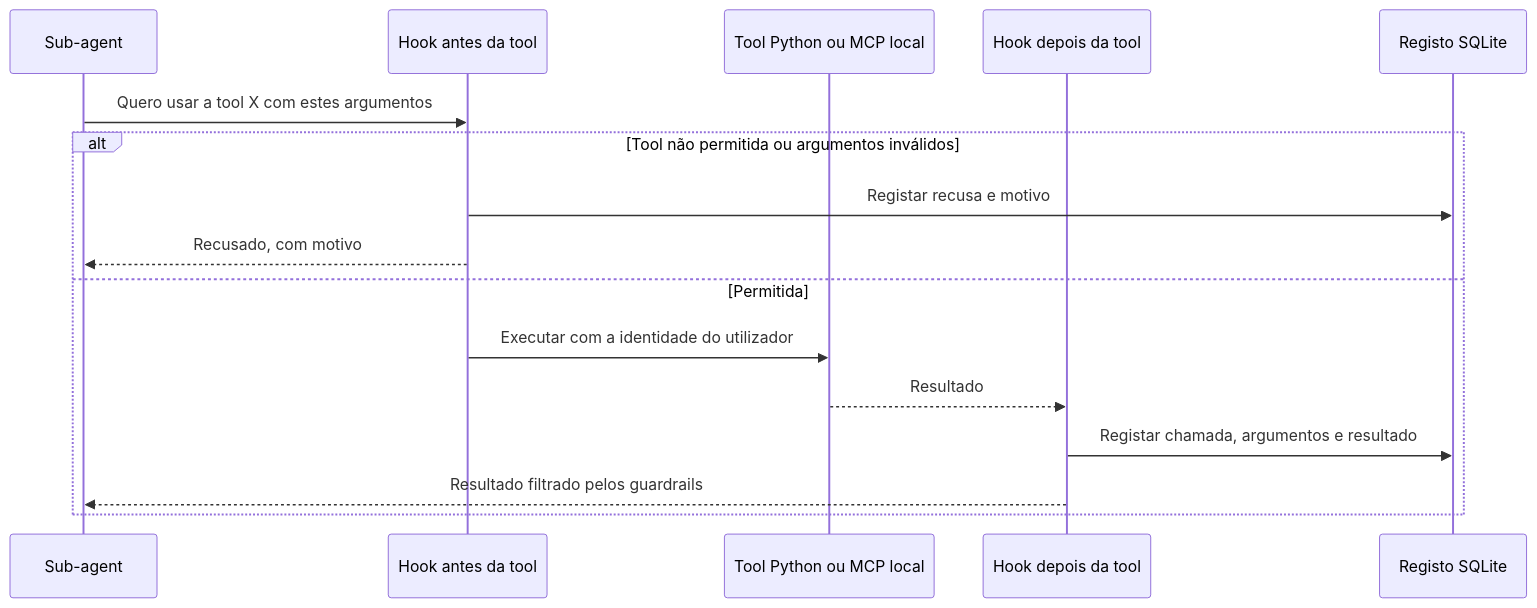
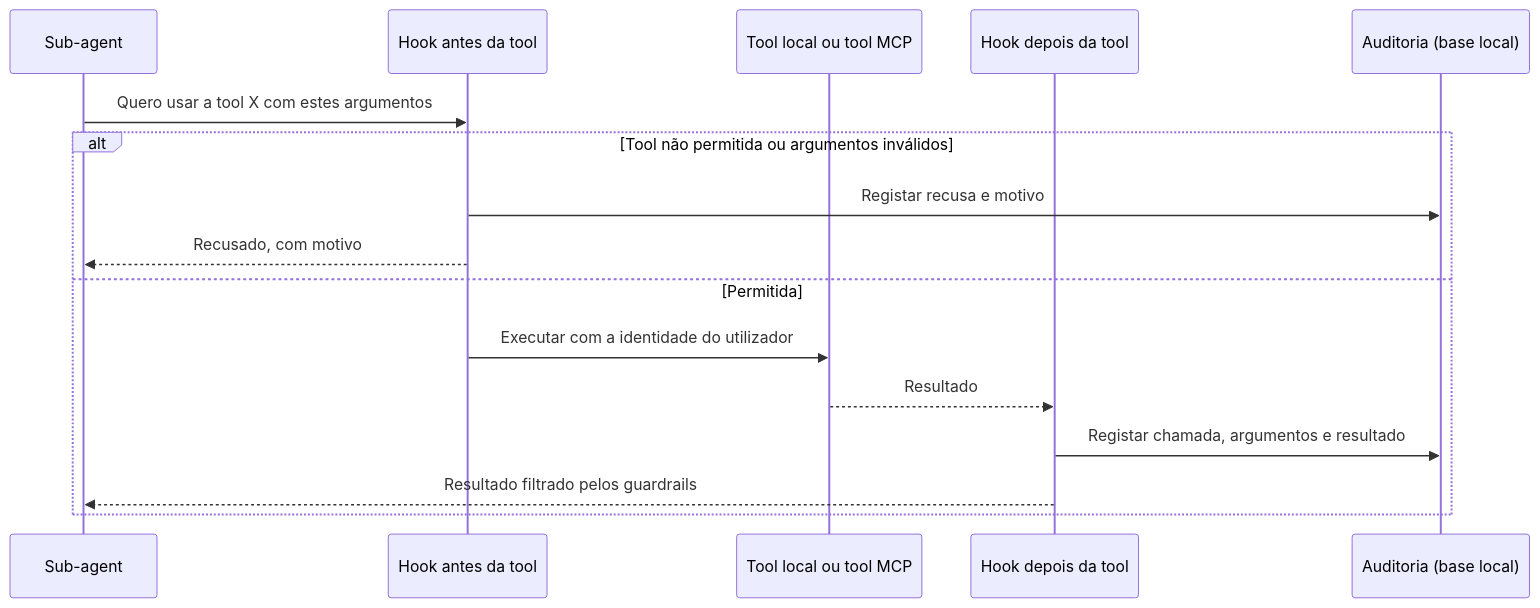
The third of 3 diagrams in projects/agentic-data-quality/como-funciona.md (Mata704/gen-ai-course), drawn with Mermaid before and after one commit. The commit also changed other lines of this file and 42 other files, not shown here.

````diff
--- a/projects/agentic-data-quality/como-funciona.md
+++ b/projects/agentic-data-quality/como-funciona.md
@@ -117,19 +125,19 @@
 ```mermaid
 sequenceDiagram
     participant SA as Sub-agent
     participant HB as Hook antes da tool
-    participant T as Tool Python ou MCP local
+    participant T as Tool local ou tool MCP
     participant HA as Hook depois da tool
-    participant DB as Registo SQLite
+    participant DB as Auditoria (base local)
 
     SA->>HB: Quero usar a tool X com estes argumentos
     alt Tool não permitida ou argumentos inválidos
         HB->>DB: Registar recusa e motivo
         HB-->>SA: Recusado, com motivo
     else Permitida
         HB->>T: Executar com a identidade do utilizador
         T-->>HA: Resultado
         HA->>DB: Registar chamada, argumentos e resultado
         HA-->>SA: Resultado filtrado pelos guardrails
     end
 ```
````
